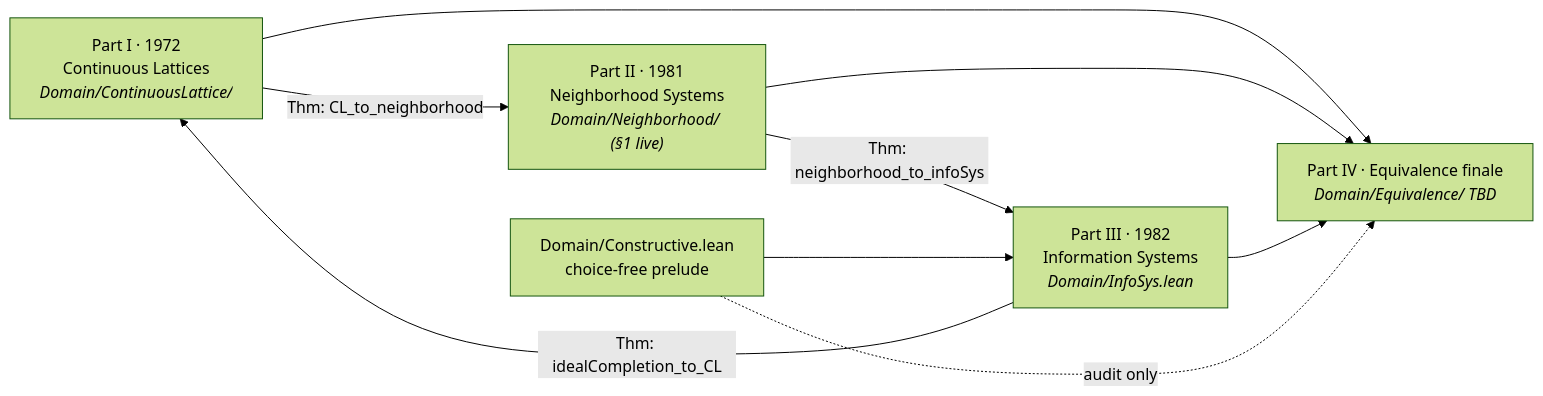
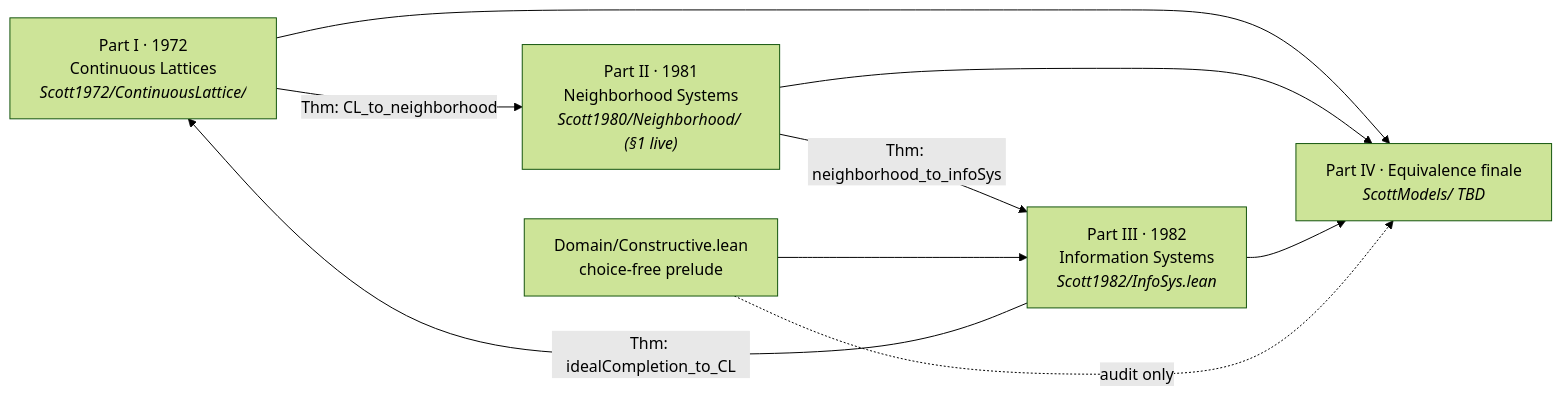
The first of 2 diagrams in arxiv.md (catskillsresearch/scott_models), drawn with Mermaid (forest theme) before and after one commit. The commit also changed other lines of this file, not shown here.

Commit message:
Add Part-specific arxiv.md split from domain_theory monolith.

````diff
--- a/arxiv.md
+++ b/arxiv.md
@@ -314,17 +24,17 @@
 ```mermaid
 flowchart LR
-  P1["Part I · 1972<br/>Continuous Lattices<br/><i>Domain/ContinuousLattice/</i>"]
-  P2["Part II · 1981<br/>Neighborhood Systems<br/><i>Domain/Neighborhood/ (§1 live)</i>"]
-  P3["Part III · 1982<br/>Information Systems<br/><i>Domain/InfoSys.lean</i>"]
-  P4["Part IV · Equivalence finale<br/><i>Domain/Equivalence/ TBD</i>"]
+  P1["Part I · 1972<br/>Continuous Lattices<br/><i>Scott1972/ContinuousLattice/</i>"]
+  P2["Part II · 1981<br/>Neighborhood Systems<br/><i>Scott1980/Neighborhood/ (§1 live)</i>"]
+  P3["Part III · 1982<br/>Information Systems<br/><i>Scott1982/InfoSys.lean</i>"]
+  P4["Part IV · Equivalence finale<br/><i>ScottModels/ TBD</i>"]
   C["Domain/Constructive.lean<br/>choice-free prelude"]
 
   P1 -->|"Thm: CL_to_neighborhood"| P2
   P2 -->|"Thm: neighborhood_to_infoSys"| P3
   P3 -->|"Thm: idealCompletion_to_CL"| P1
   P1 --> P4
   P2 --> P4
   P3 --> P4
   C --> P3
   C -.->|"audit only"| P4
 ```
````
